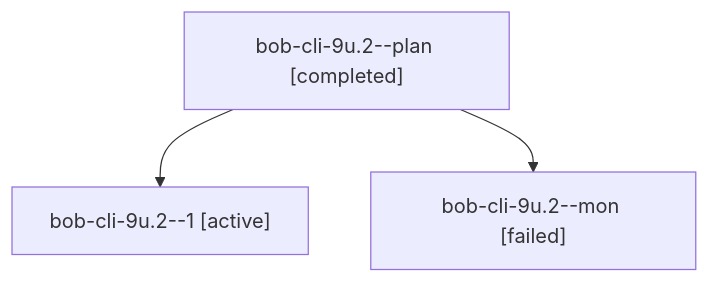
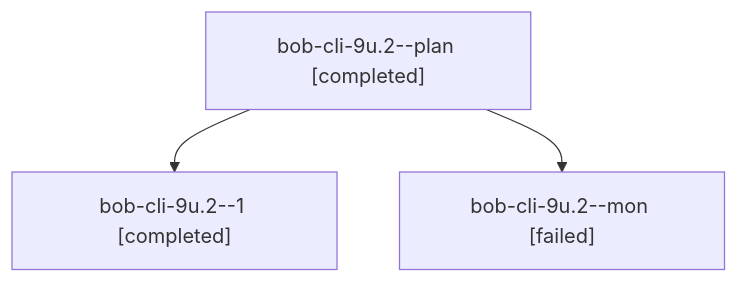
Before and after one commit to bobs-org/bob-cli--agents: the diagram in sessions/bbugyi200.athena.bob-cli-9u.2.md, drawn with Mermaid. The commit also changed other lines of this file and 70 other files, not shown here.

````diff
--- a/sessions/bbugyi200.athena.bob-cli-9u.2.md
+++ b/sessions/bbugyi200.athena.bob-cli-9u.2.md
@@ -9,8 +9,8 @@
 ```mermaid
 flowchart TD
   n0["bob-cli-9u.2--plan [completed]"]
-  n1["bob-cli-9u.2--1 [active]"]
+  n1["bob-cli-9u.2--1 [completed]"]
   n0 --> n1
   n2["bob-cli-9u.2--mon [failed]"]
   n0 --> n2
 ```
````
